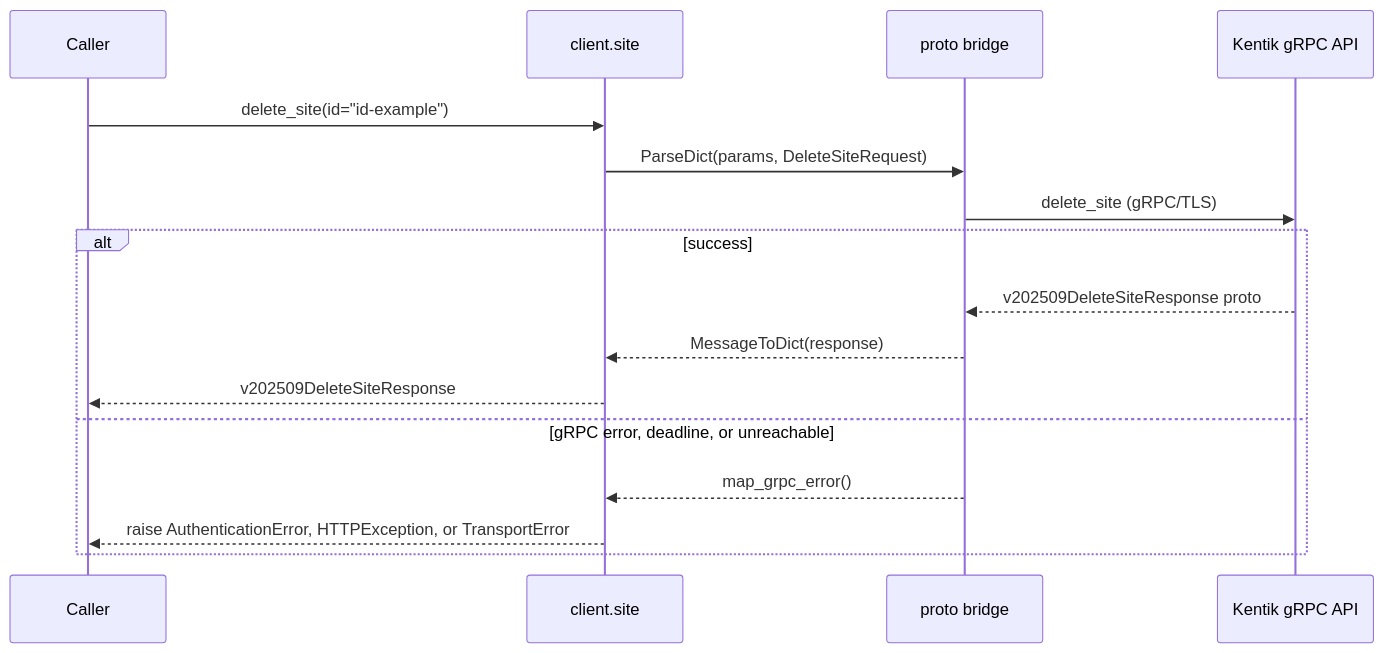
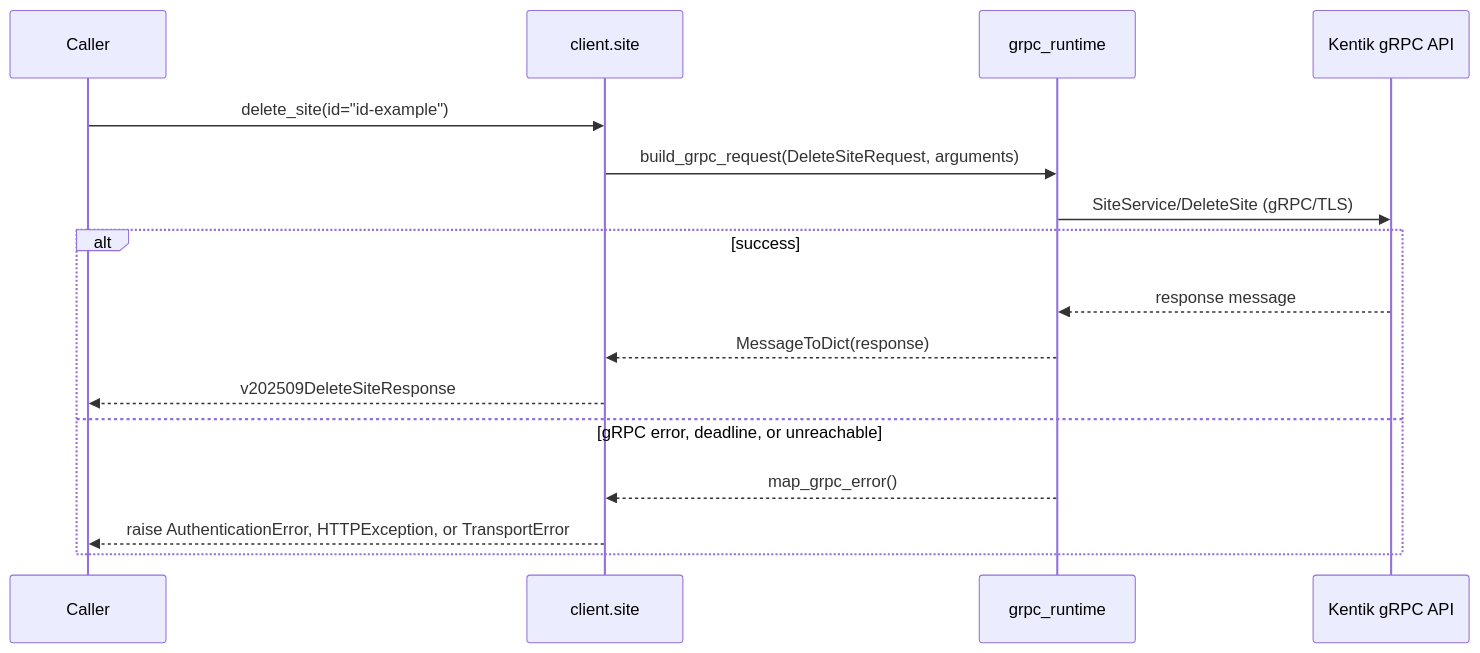
Before and after one commit to alexdearaujo/community_sdk_python: diagram 21 of 22 in docs/sphinx/services/site.md, drawn with Mermaid. The commit also changed other lines of this file and 37 other files, not shown here.

First line of the commit message:
docs: show the real RPC in each service page's gRPC diagram

````diff
--- a/docs/sphinx/services/site.md
+++ b/docs/sphinx/services/site.md
@@ -731,19 +731,19 @@
 ```mermaid
 sequenceDiagram
     participant C as Caller
     participant W as client.site
-    participant B as proto bridge
+    participant R as grpc_runtime
     participant API as Kentik gRPC API
 
     C->>W: delete_site(id="id-example")
-    W->>B: ParseDict(params, DeleteSiteRequest)
-    B->>API: delete_site (gRPC/TLS)
+    W->>R: build_grpc_request(DeleteSiteRequest, arguments)
+    R->>API: SiteService/DeleteSite (gRPC/TLS)
     alt success
-        API-->>B: v202509DeleteSiteResponse proto
-        B-->>W: MessageToDict(response)
+        API-->>R: response message
+        R-->>W: MessageToDict(response)
         W-->>C: v202509DeleteSiteResponse
     else gRPC error, deadline, or unreachable
-        B-->>W: map_grpc_error()
+        R-->>W: map_grpc_error()
         W-->>C: raise AuthenticationError, HTTPException, or TransportError
     end
 ```
````
